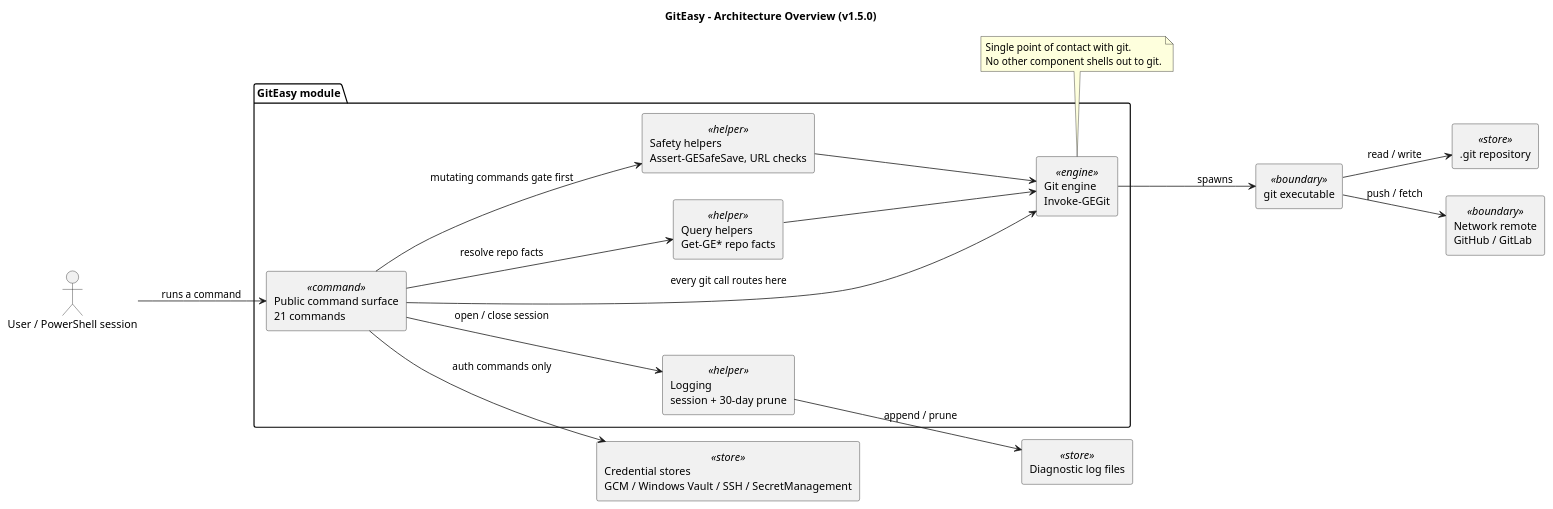
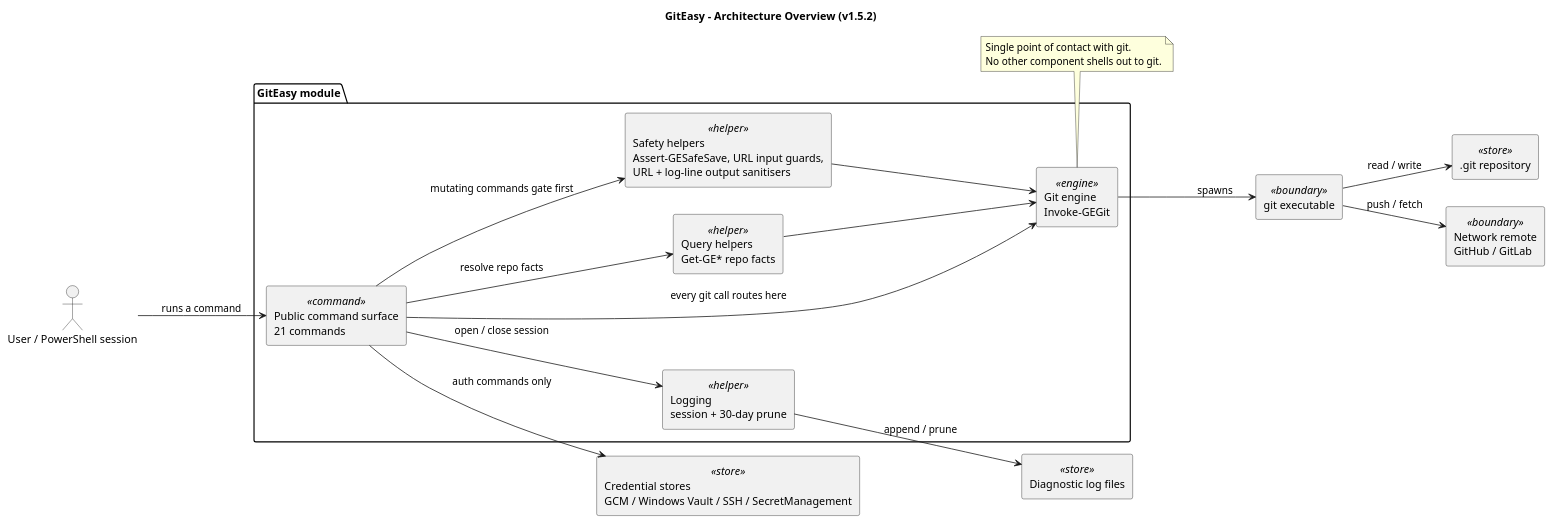
Before and after one commit to greenmtnsun/GitEasy: the diagram in docs/UML/01-architecture-overview.puml, drawn with PlantUML. The commit also changed 29 other files, not shown here.

Commit message:
GitEasy 1.5.2: sibling-sweep security hardening (F-04/F-05/F-06 credential-surface fixes) + correctness/jargon polish; 522 Pester 3 tests on PS 5.1 + PS 7

```diff
--- a/docs/UML/01-architecture-overview.puml
+++ b/docs/UML/01-architecture-overview.puml
@@ -1,40 +1,40 @@
 @startuml GitEasyArchitectureOverview
-title GitEasy - Architecture Overview (v1.5.0)
+title GitEasy - Architecture Overview (v1.5.2)
 skinparam componentStyle rectangle
 skinparam shadowing false
 left to right direction
 
 actor "User / PowerShell session" as User
 
 package "GitEasy module" {
   component "Public command surface\n21 commands" <<command>> as Public
   component "Git engine\nInvoke-GEGit" <<engine>> as Engine
   component "Logging\nsession + 30-day prune" <<helper>> as Log
   component "Query helpers\nGet-GE* repo facts" <<helper>> as Query
-  component "Safety helpers\nAssert-GESafeSave, URL checks" <<helper>> as Safety
+  component "Safety helpers\nAssert-GESafeSave, URL input guards,\nURL + log-line output sanitisers" <<helper>> as Safety
 }
 
 component "git executable" <<boundary>> as Git
 component ".git repository" <<store>> as Repo
 component "Diagnostic log files" <<store>> as Logs
 component "Network remote\nGitHub / GitLab" <<boundary>> as Remote
 component "Credential stores\nGCM / Windows Vault / SSH / SecretManagement" <<store>> as Creds
 
 User --> Public : runs a command
 Public --> Safety : mutating commands gate first
 Public --> Log : open / close session
 Public --> Query : resolve repo facts
 Public --> Engine : every git call routes here
 Query --> Engine
 Safety --> Engine
 Engine --> Git : spawns
 Git --> Repo : read / write
 Git --> Remote : push / fetch
 Log --> Logs : append / prune
 Public --> Creds : auth commands only
 
 note bottom of Engine
   Single point of contact with git.
   No other component shells out to git.
 end note
 @enduml
```
